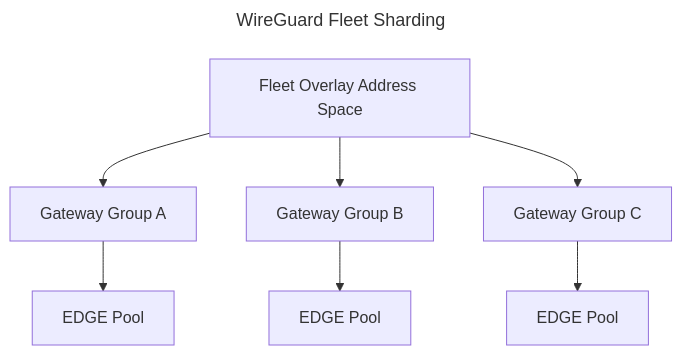
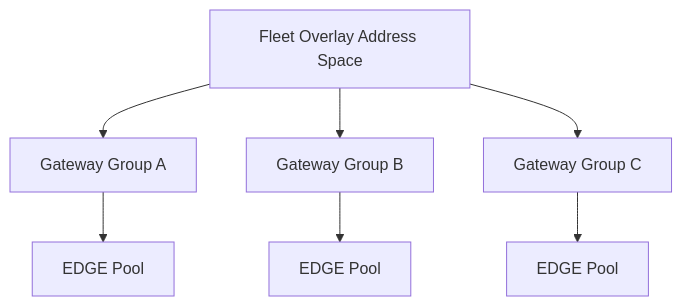
One commit to naren4b/learn-talos changed diagram 30 of 35 in docs/track-2-secure-edge/README.md. Above: the diagram before and after it, drawn with Mermaid. The commit also changed other lines of this file, not shown here.

Commit message:
docs: fix GitHub Mermaid rich display errors

````diff
--- a/docs/track-2-secure-edge/README.md
+++ b/docs/track-2-secure-edge/README.md
@@ -1931,13 +1928,10 @@
 ```mermaid
----
-title: WireGuard Fleet Sharding
----
 flowchart TD
     A[Fleet Overlay Address Space]
     A --> B[Gateway Group A]
     A --> C[Gateway Group B]
     A --> D[Gateway Group C]
     B --> E[EDGE Pool]
     C --> F[EDGE Pool]
     D --> G[EDGE Pool]
 ```
````
